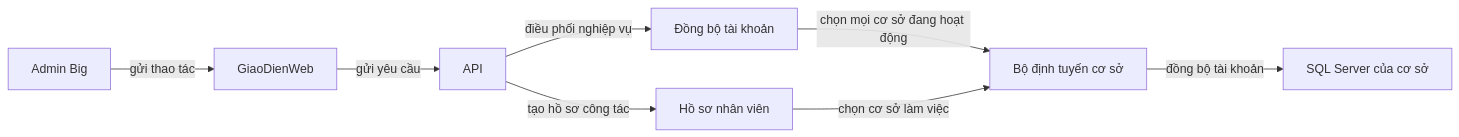
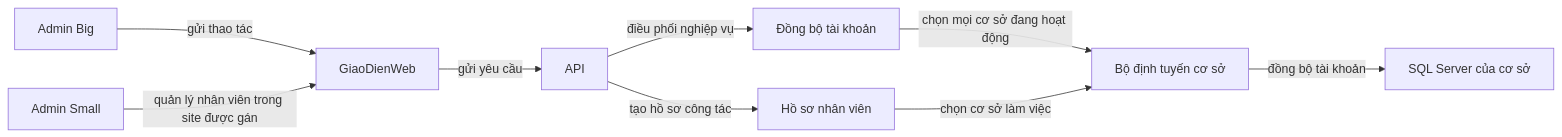
Before and after one commit to Quochieu2005/language-center-management: diagram 18 of 23 in README.md, drawn with Mermaid. The commit also changed other lines of this file and 9 other files, not shown here.

````diff
--- a/README.md
+++ b/README.md
@@ -505,10 +512,11 @@
 ```mermaid
 flowchart LR
     Admin_Big["Admin Big"] -->|gửi thao tác| GiaoDienWeb["GiaoDienWeb"]
+    Admin_Small["Admin Small"] -->|quản lý nhân viên trong site được gán| GiaoDienWeb
     GiaoDienWeb["GiaoDienWeb"] -->|gửi yêu cầu| API["API"]
     API["API"] -->|điều phối nghiệp vụ| DongBoTaiKhoan["Đồng bộ tài khoản"]
     DongBoTaiKhoan["Đồng bộ tài khoản"] -->|chọn mọi cơ sở đang hoạt động| SiteRouter["Bộ định tuyến cơ sở"]
     SiteRouter["Bộ định tuyến cơ sở"] -->|đồng bộ tài khoản| SQLServer_CSDL_Site["SQL Server của cơ sở"]
     API["API"] -->|tạo hồ sơ công tác| HoSoNhanVien["Hồ sơ nhân viên"]
     HoSoNhanVien["Hồ sơ nhân viên"] -->|chọn cơ sở làm việc| SiteRouter["Bộ định tuyến cơ sở"]
 ```
````
